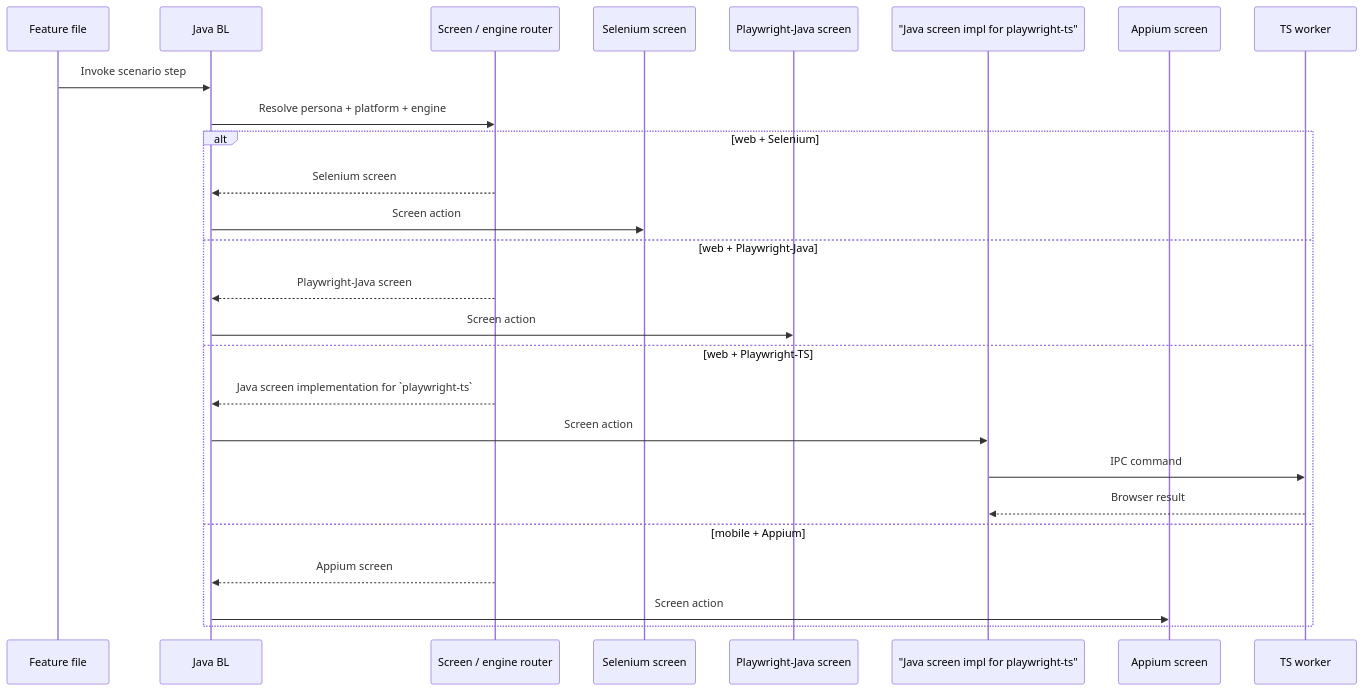
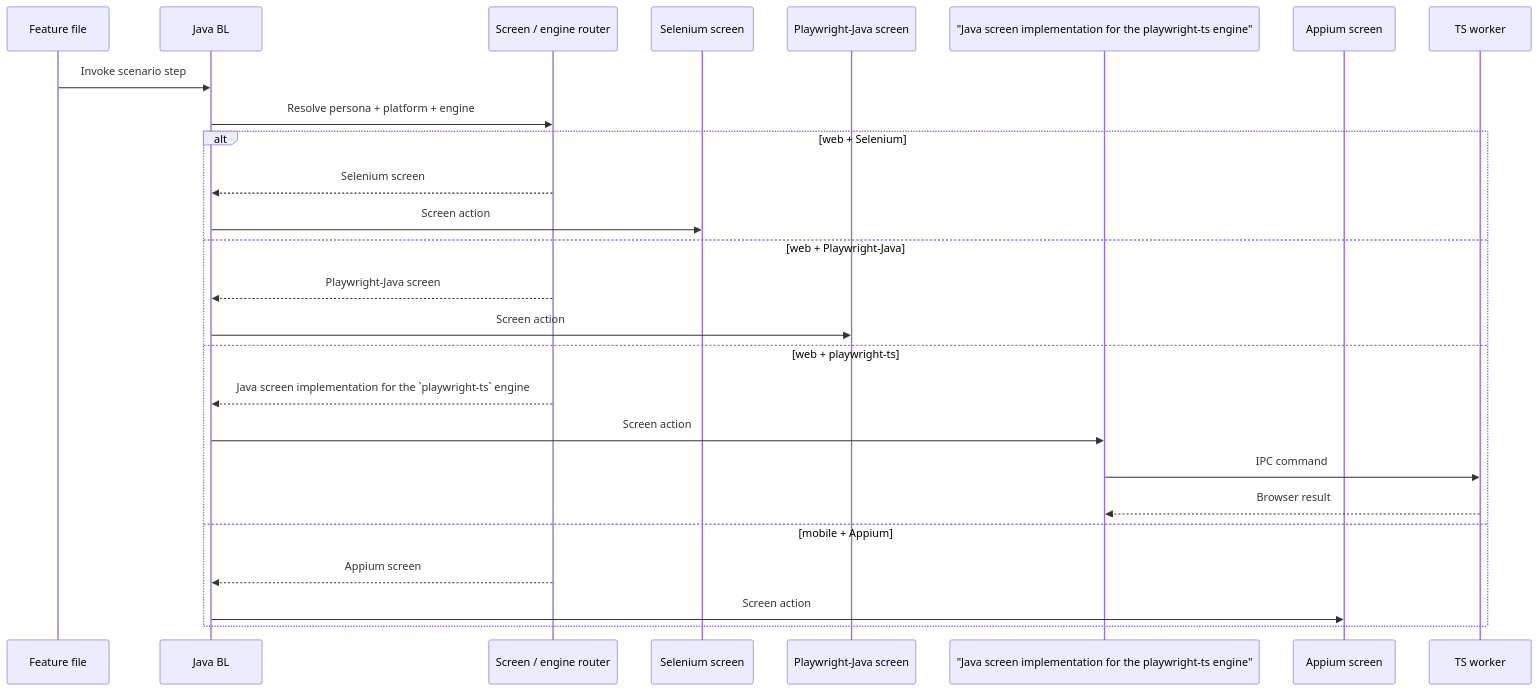
The second of 3 diagrams in docs/Architecture-README.md (znsio/teswiz), drawn with Mermaid before and after one commit. The commit also changed 2 other files, not shown here.

Commit message:
Standardize playwright-ts screen terminology in docs

````diff
--- a/docs/Architecture-README.md
+++ b/docs/Architecture-README.md
@@ -48,29 +48,29 @@
 ```mermaid
 sequenceDiagram
     participant Feature as Feature file
     participant BL as Java BL
     participant Router as Screen / engine router
     participant Se as Selenium screen
     participant PJ as Playwright-Java screen
-    participant PT as "Java screen impl for playwright-ts"
+    participant PT as "Java screen implementation for the playwright-ts engine"
     participant App as Appium screen
     participant Worker as TS worker
 
     Feature->>BL: Invoke scenario step
     BL->>Router: Resolve persona + platform + engine
     alt web + Selenium
         Router-->>BL: Selenium screen
         BL->>Se: Screen action
     else web + Playwright-Java
         Router-->>BL: Playwright-Java screen
         BL->>PJ: Screen action
-    else web + Playwright-TS
-        Router-->>BL: Java screen implementation for `playwright-ts`
+    else web + playwright-ts
+        Router-->>BL: Java screen implementation for the `playwright-ts` engine
         BL->>PT: Screen action
         PT->>Worker: IPC command
         Worker-->>PT: Browser result
     else mobile + Appium
         Router-->>BL: Appium screen
         BL->>App: Screen action
     end
 ```
````
